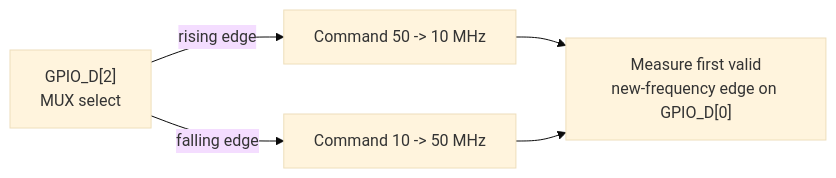
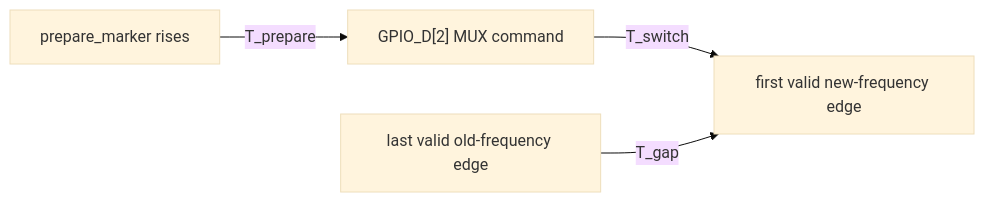
One commit to Jiayhocoding/iopll_niosv_50_10_mux_gating changed the sixth of 6 diagrams in README.md. Above: the diagram before and after it, drawn with Mermaid (base theme). The commit also changed other lines of this file, not shown here.

````diff
--- a/README.md
+++ b/README.md
@@ -278,7 +256,6 @@
 ```mermaid
 flowchart LR
-    D2["GPIO_D[2]<br/>MUX select"] -->|"rising edge"| A["Command 50 -> 10 MHz"]
-    D2 -->|"falling edge"| B["Command 10 -> 50 MHz"]
-    A --> M["Measure first valid<br/>new-frequency edge on GPIO_D[0]"]
-    B --> M
+    P["prepare_marker rises"] -->|"T_prepare"| S["GPIO_D[2] MUX command"]
+    S -->|"T_switch"| N["first valid new-frequency edge"]
+    O["last valid old-frequency edge"] -->|"T_gap"| N
 ```
````
